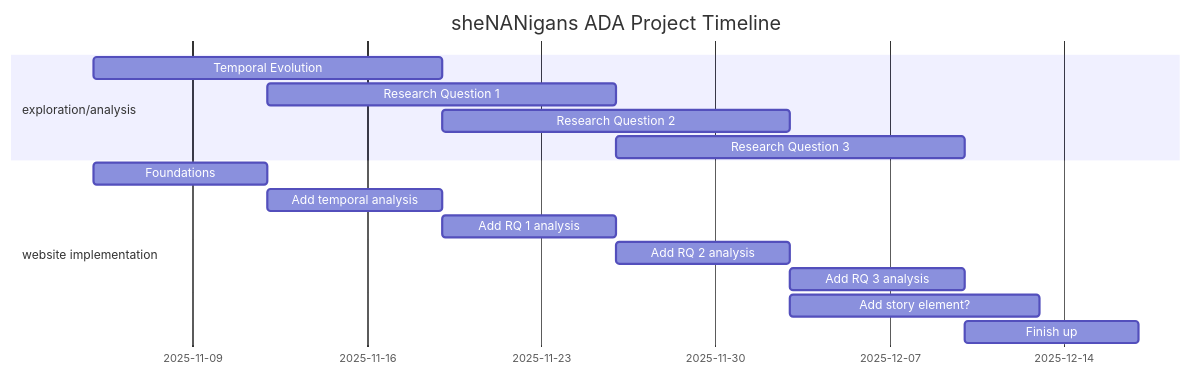
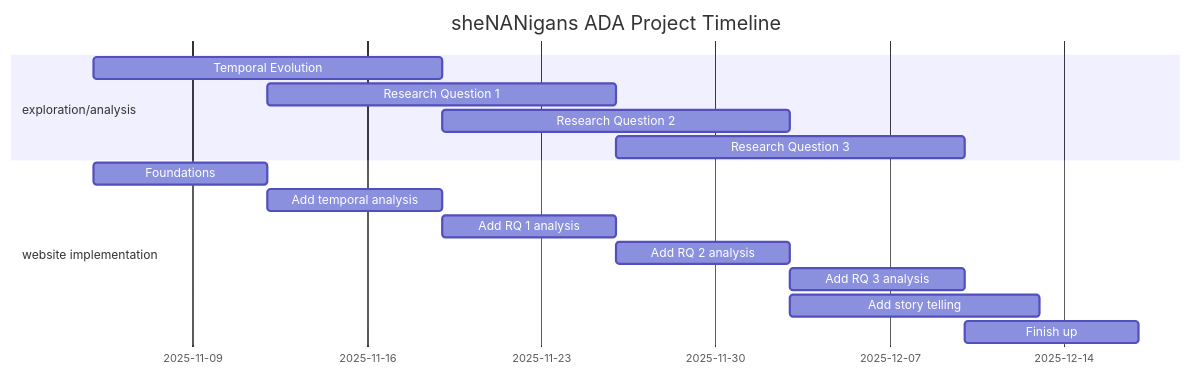
The diagram in README.md (epfl-ada/ada-2025-project-shenanigans), drawn with Mermaid before and after one commit. The commit also changed other lines of this file, not shown here.

````diff
--- a/README.md
+++ b/README.md
@@ -118,19 +136,19 @@
 ```mermaid
 gantt
     title sheNANigans ADA Project Timeline
     dateFormat YYYY-MM-DD
     tickInterval 1week
     section exploration/analysis
         Temporal Evolution : 2025-11-5, 14d
         Research Question 1 : 2025-11-12, 14d
         Research Question 2 : 2025-11-19, 14d
         Research Question 3 : 2025-11-26, 14d
     section website implementation
         Foundations        : 2025-11-5, 7d
         Add temporal analysis  : 2025-11-12, 7d
         Add RQ 1 analysis  : 2025-11-19, 7d
         Add RQ 2 analysis  : 2025-11-26, 7d
         Add RQ 3 analysis  : 2025-12-3, 7d
-        Add story element? : 2025-12-3, 10d
+        Add story telling  : 2025-12-3, 10d
         Finish up          : 2025-12-10, 2025-12-17
 ```
````
